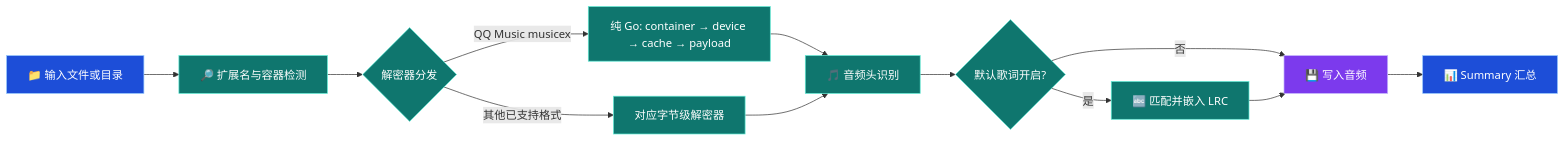
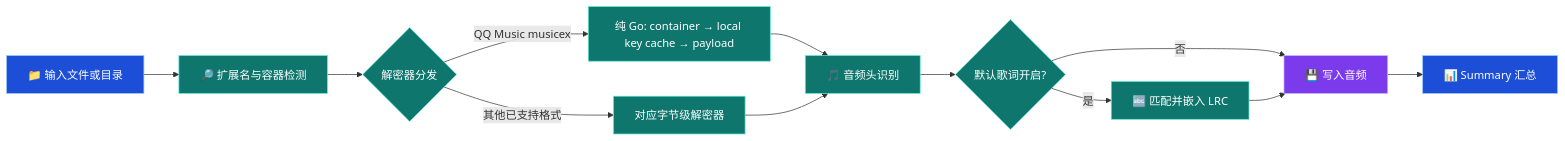
Before and after one commit to DearZL/unlock-music-go: the first of 4 diagrams in README.md, drawn with Mermaid. The commit also changed other lines of this file and 8 other files, not shown here.

Commit message:
feat: add macOS QQ Music musicex support

````diff
--- a/README.md
+++ b/README.md
@@ -17,21 +18,21 @@
 ```mermaid
 flowchart LR
     A[📁 输入文件或目录] --> B[🔎 扩展名与容器检测]
     B --> C{解密器分发}
-    C -->|QQ Music musicex| D[纯 Go: container → device → cache → payload]
+    C -->|QQ Music musicex| D[纯 Go: container → local key cache → payload]
     C -->|其他已支持格式| E[对应字节级解密器]
     D --> F[🎵 音频头识别]
     E --> F
     F --> G{默认歌词开启?}
     G -->|是| H[🔤 匹配并嵌入 LRC]
     G -->|否| I[💾 写入音频]
     H --> I
     I --> J[📊 Summary 汇总]
 
     classDef entry fill:#1d4ed8,stroke:#93c5fd,color:#fff;
     classDef core fill:#0f766e,stroke:#5eead4,color:#fff;
     classDef output fill:#7c3aed,stroke:#c4b5fd,color:#fff;
     class A,J entry;
     class B,C,D,E,F,G,H core;
     class I output;
 ```
````
